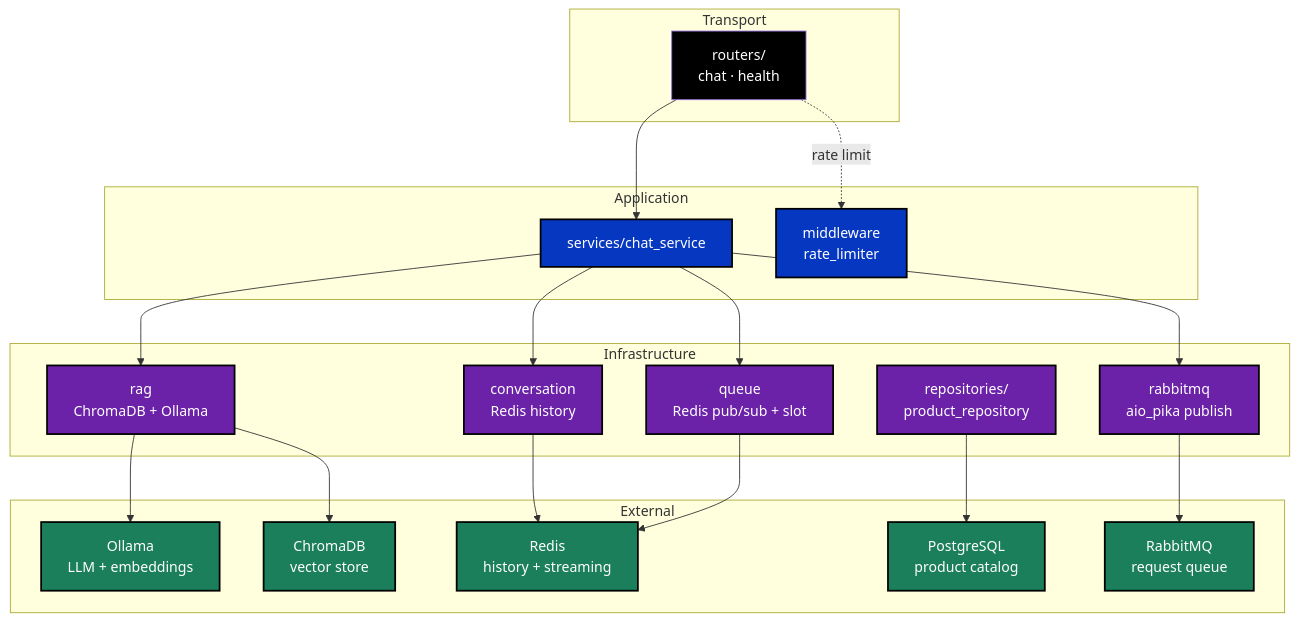
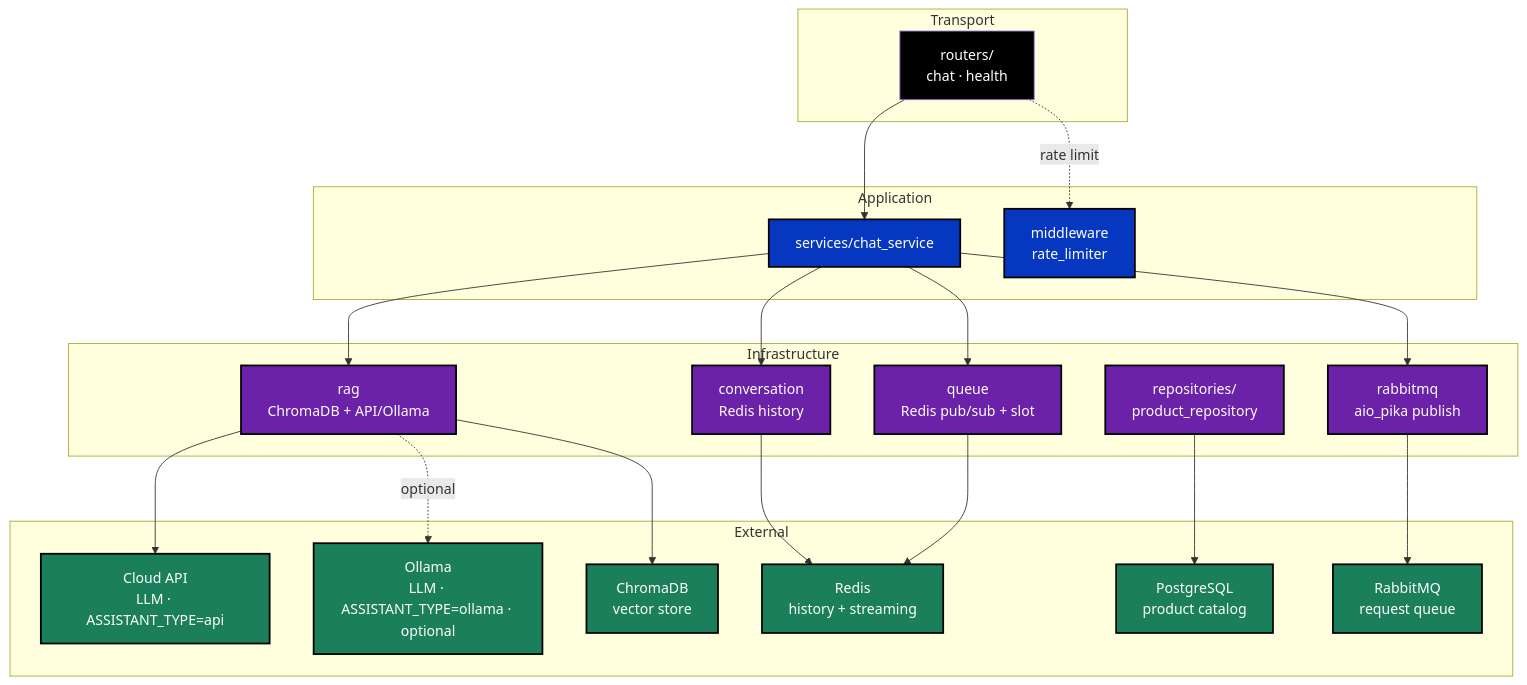
One commit to developer-samuel/levelup-store changed the diagram in apps/assistant/docs/diagrams/graphs/architecture/layers.mmd. Above: the diagram before and after it, drawn with Mermaid. The commit also changed 2 other files, not shown here.

Commit message:
docs: update diagrams to reflect optional Ollama mode and Tailscale access

```diff
--- a/apps/assistant/docs/diagrams/graphs/architecture/layers.mmd
+++ b/apps/assistant/docs/diagrams/graphs/architecture/layers.mmd
@@ -1,46 +1,48 @@
 graph TD
     %% Architectural layers - dependency map derived from actual imports
     %% Arrows = "depends on" / imports
 
     classDef transport  fill:#000,    color:#fff;
     classDef service    fill:#0637c0, color:#fff, stroke:#000, stroke-width:2px;
     classDef infra      fill:#6b21a8, color:#fff, stroke:#000, stroke-width:2px;
     classDef external   fill:#1a7f5a, color:#fff, stroke:#000, stroke-width:2px;
 
     subgraph Transport["Transport"]
         Routers[routers/\nchat · health]:::transport
     end
 
     subgraph Application["Application"]
         ChatService[services/chat_service]:::service
         Middleware[middleware\nrate_limiter]:::service
     end
 
     subgraph Infrastructure["Infrastructure"]
-        RAG[rag\nChromaDB + Ollama]:::infra
+        RAG[rag\nChromaDB + API/Ollama]:::infra
         Conversation[conversation\nRedis history]:::infra
         Queue[queue\nRedis pub/sub + slot]:::infra
         RabbitMQ[rabbitmq\naio_pika publish]:::infra
         Repository[repositories/\nproduct_repository]:::infra
     end
 
     subgraph External["External"]
-        Ollama[Ollama\nLLM + embeddings]:::external
+        LLM[Cloud API\nLLM · ASSISTANT_TYPE=api]:::external
+        Ollama[Ollama\nLLM · ASSISTANT_TYPE=ollama · optional]:::external
         ChromaDB[ChromaDB\nvector store]:::external
         Redis[Redis\nhistory + streaming]:::external
         PostgreSQL[PostgreSQL\nproduct catalog]:::external
         RMQ[RabbitMQ\nrequest queue]:::external
     end
 
     Routers      --> ChatService
     Routers      -.->|rate limit| Middleware
     ChatService  --> RAG
     ChatService  --> Conversation
     ChatService  --> Queue
     ChatService  --> RabbitMQ
-    RAG          --> Ollama
+    RAG          --> LLM
+    RAG          -.->|optional| Ollama
     RAG          --> ChromaDB
     Conversation --> Redis
     Queue        --> Redis
     RabbitMQ     --> RMQ
     Repository   --> PostgreSQL
```
